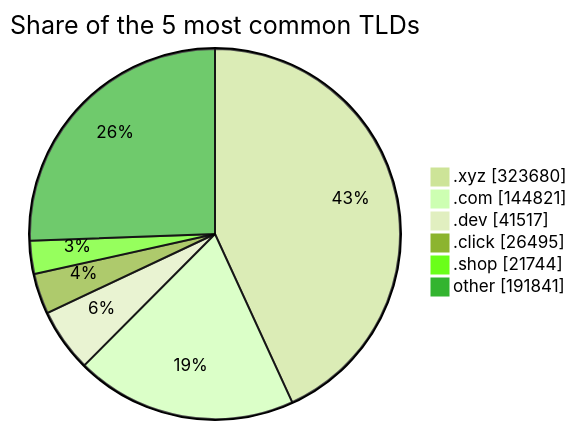
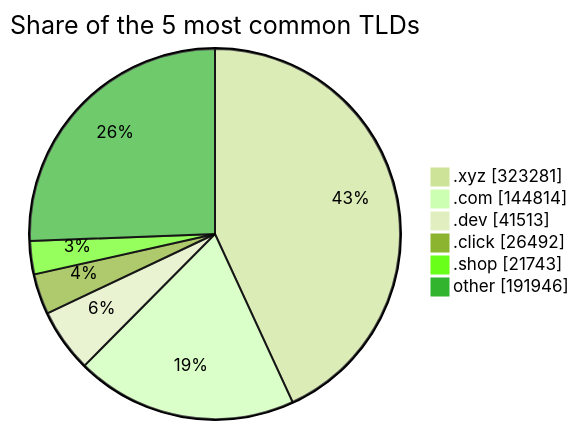
One commit to DNSBunker/CTI changed the third of 3 diagrams in README.md. Above: the diagram before and after it, drawn with Mermaid (forest theme). The commit also changed other lines of this file and 3 other files, not shown here.

````diff
--- a/README.md
+++ b/README.md
@@ -81,9 +81,9 @@
 ```mermaid
 pie showData title Share of the 5 most common TLDs
-    ".xyz" : 323680
-    ".com" : 144821
-    ".dev" : 41517
-    ".click" : 26495
-    ".shop" : 21744
-    "other" : 191841
+    ".xyz" : 323281
+    ".com" : 144814
+    ".dev" : 41513
+    ".click" : 26492
+    ".shop" : 21743
+    "other" : 191946
 ```
````
